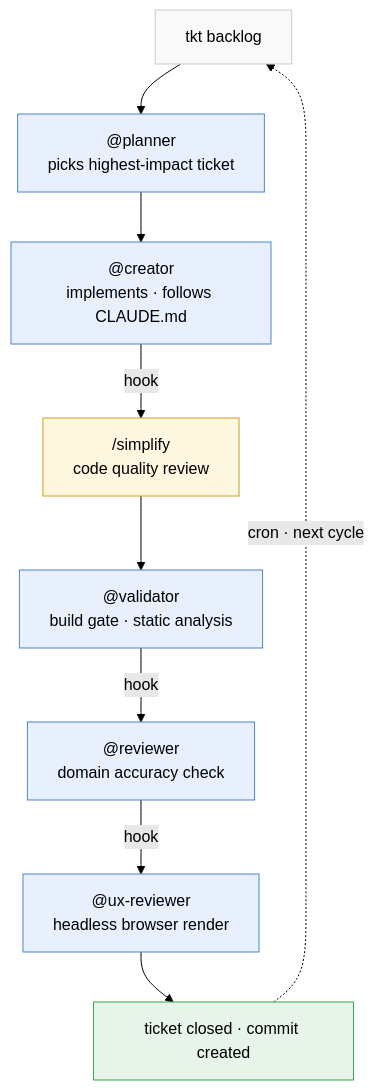
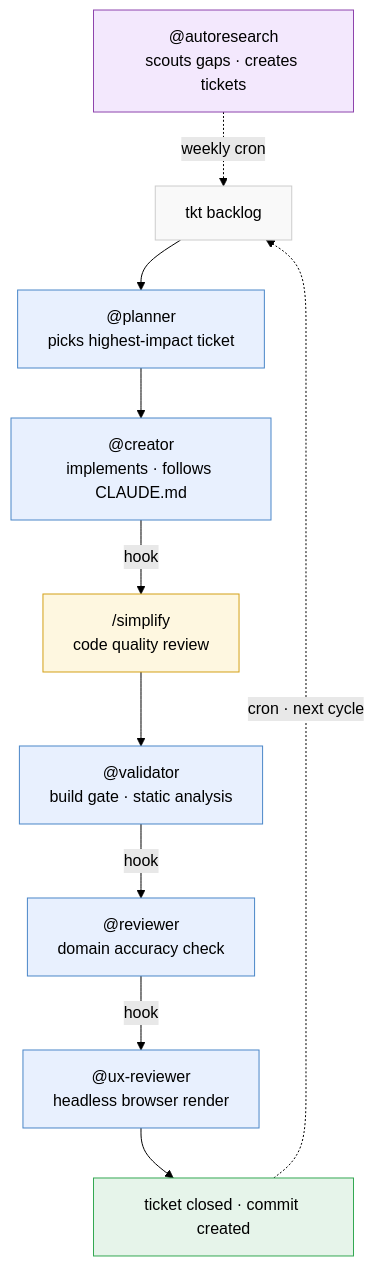
One commit to kulisama81/mirastack changed the diagram in README.md. Above: the diagram before and after it, drawn with Mermaid (forest theme).

Commit message:
docs: add @autoresearch to Mermaid pipeline diagram

````diff
--- a/README.md
+++ b/README.md
@@ -17,20 +17,23 @@
 ```mermaid
 flowchart TD
     backlog["tkt backlog"] --> planner["@planner\npicks highest-impact ticket"]
     planner --> creator["@creator\nimplements · follows CLAUDE.md"]
     creator -->|hook| simplify["/simplify\ncode quality review"]
     simplify --> validator["@validator\nbuild gate · static analysis"]
     validator -->|hook| reviewer["@reviewer\ndomain accuracy check"]
     reviewer -->|hook| ux["@ux-reviewer\nheadless browser render"]
     ux --> closed["ticket closed · commit created"]
     closed -.->|"cron · next cycle"| backlog
 
+    autoresearch["@autoresearch\nscouts gaps · creates tickets"] -.->|"weekly cron"| backlog
+
     style backlog fill:#f9f9f9,stroke:#ccc
+    style autoresearch fill:#f3e8fd,stroke:#8e44ad
     style planner fill:#e8f0fe,stroke:#4a86c8
     style creator fill:#e8f0fe,stroke:#4a86c8
     style simplify fill:#fef7e0,stroke:#d4a017
     style validator fill:#e8f0fe,stroke:#4a86c8
     style reviewer fill:#e8f0fe,stroke:#4a86c8
     style ux fill:#e8f0fe,stroke:#4a86c8
     style closed fill:#e6f4ea,stroke:#34a853
 ```
````
